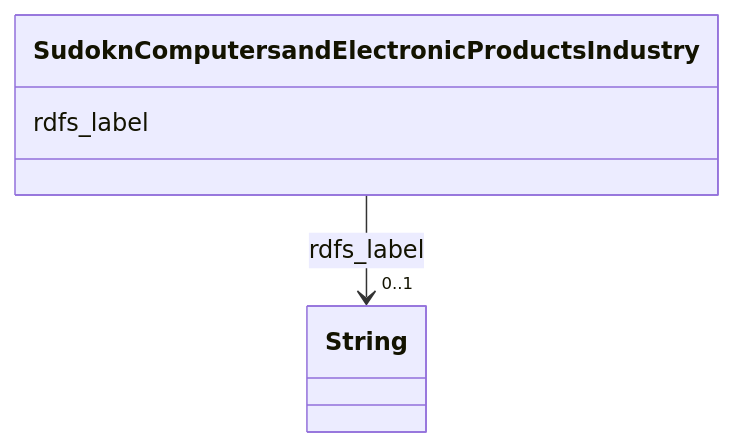
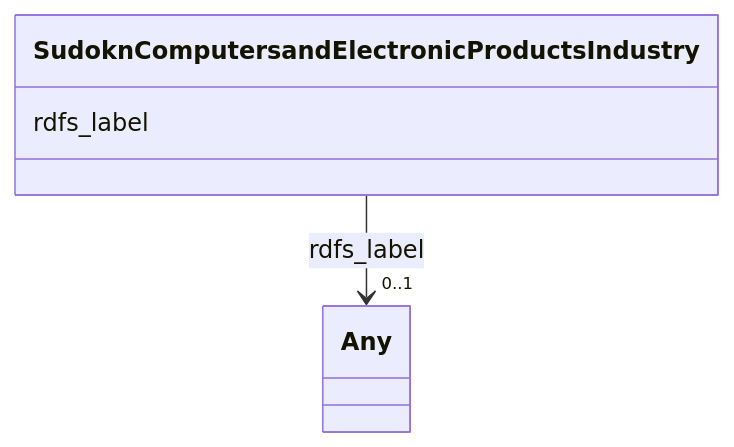
The diagram in sudokn-kg/classes/SudoknComputersandElectronicProductsIndustry.md (frink-okn/graph-descriptions), drawn with Mermaid before and after one commit. The commit also changed other lines of this file and 903 other files, not shown here.

````diff
--- a/sudokn-kg/classes/SudoknComputersandElectronicProductsIndustry.md
+++ b/sudokn-kg/classes/SudoknComputersandElectronicProductsIndustry.md
@@ -23,15 +18,15 @@
 ```mermaid
  classDiagram
     class SudoknComputersandElectronicProductsIndustry
     click SudoknComputersandElectronicProductsIndustry href "../SudoknComputersandElectronicProductsIndustry"
       SudoknComputersandElectronicProductsIndustry : rdfs_label
         
           
     
     
-    SudoknComputersandElectronicProductsIndustry --> "0..1" String : rdfs_label
-    click String href "../String"
+    SudoknComputersandElectronicProductsIndustry --> "0..1" Any : rdfs_label
+    click Any href "../Any"
 
         
       
 ```
````
